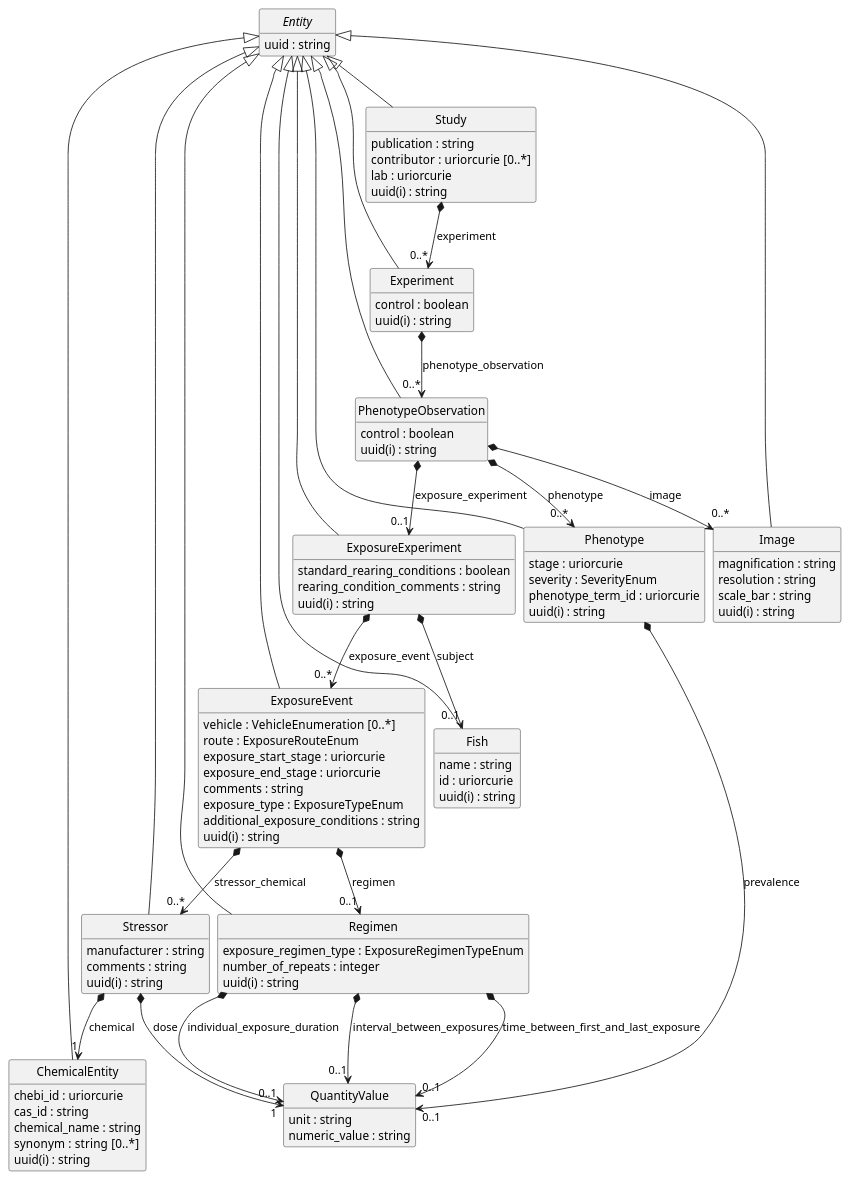
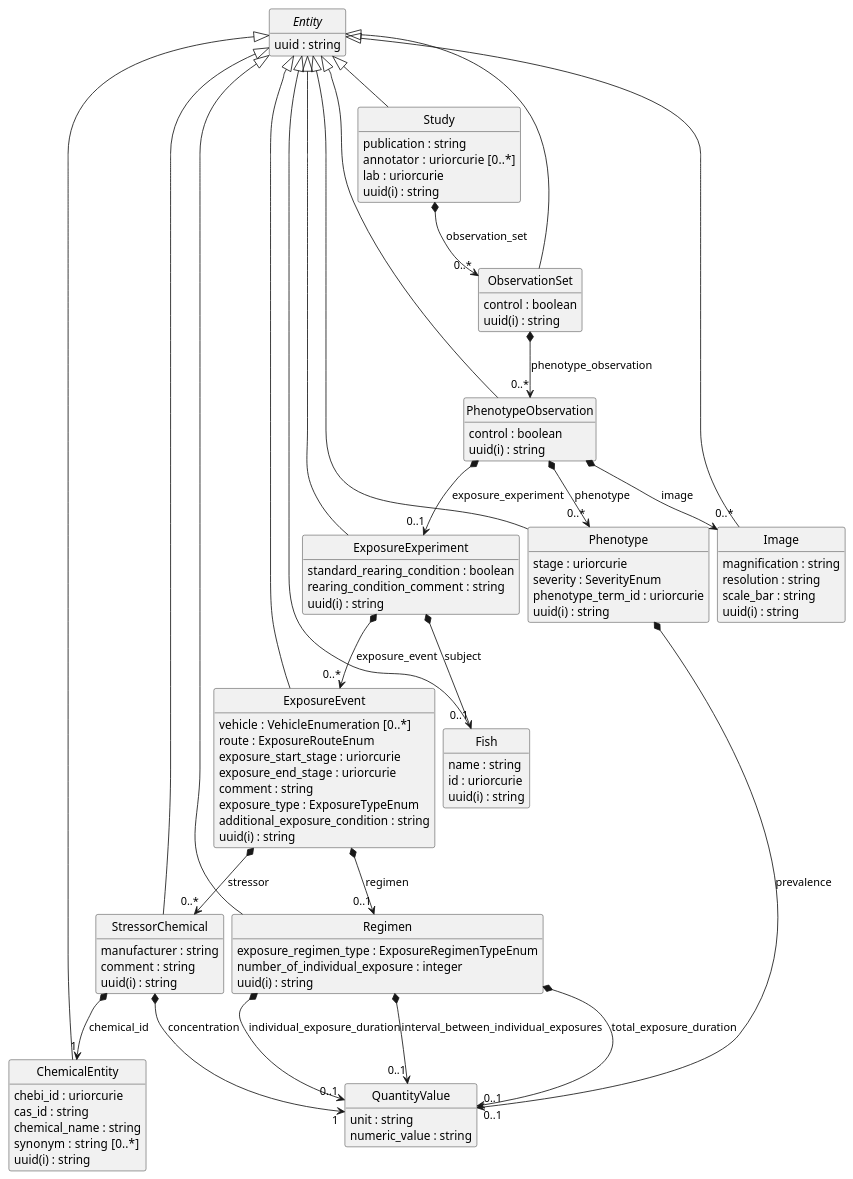
One commit to EHS-Data-Standards/zebrafish-toxicology-atlas-schema changed the diagram in schema_diagram.puml. Above: the diagram before and after it, drawn with PlantUML. The commit also changed 72 other files, not shown here.

```diff
--- a/schema_diagram.puml
+++ b/schema_diagram.puml
@@ -1,101 +1,101 @@
 @startuml
 skinparam nodesep 10
 hide circle
 hide empty members
-class "Stressor" [[{A chemical stressor used in exposure experiments.}]] {
+class "StressorChemical" [[{A chemical, that elicit a response (a phenotype) in a subject when when encountered through exposure.}]] {
     {field} manufacturer : string  
-    {field} comments : string  
+    {field} comment : string  
     {field} uuid(i) : string  
 }
 class "QuantityValue" [[{A value of an attribute that is quantitative and measurable, expressed as a combination of a unit and a numeric value}]] {
     {field} unit : string  
     {field} numeric_value : string  
 }
-class "Regimen" [[{The regimen of exposure events.}]] {
+class "Regimen" [[{The schedule and pattern of an exposure event.}]] {
     {field} exposure_regimen_type : ExposureRegimenTypeEnum  
-    {field} number_of_repeats : integer  
+    {field} number_of_individual_exposure : integer  
     {field} uuid(i) : string  
 }
-class "Phenotype" [[{A phenotype observed in the fish as a result of exposure.}]] {
+class "Phenotype" [[{Any measurable or visible trait change in the subject as a result of exposure.}]] {
     {field} stage : uriorcurie  
     {field} severity : SeverityEnum  
     {field} phenotype_term_id : uriorcurie  
     {field} uuid(i) : string  
 }
-"Stressor" *--> "1" "QuantityValue" : "dose"
+"StressorChemical" *--> "1" "QuantityValue" : "concentration"
 "Regimen" *--> "0..1" "QuantityValue" : "individual_exposure_duration"
-"Regimen" *--> "0..1" "QuantityValue" : "interval_between_exposures"
+"Regimen" *--> "0..1" "QuantityValue" : "interval_between_individual_exposures"
 "Phenotype" *--> "0..1" "QuantityValue" : "prevalence"
-"Regimen" *--> "0..1" "QuantityValue" : "time_between_first_and_last_exposure"
-class "ChemicalEntity" [[{A chemical compound used as a toxicant in the study.}]] {
+"Regimen" *--> "0..1" "QuantityValue" : "total_exposure_duration"
+class "ChemicalEntity" [[{The chemical used as the stressor chemical in an exposure event.}]] {
     {field} chebi_id : uriorcurie  
     {field} cas_id : string  
     {field} chemical_name : string  
     {field} synonym : string  [0..*]
     {field} uuid(i) : string  
 }
-class "ExposureEvent" [[{An instance of a toxicological exposure event in the study.}]] {
+class "ExposureEvent" [[{An occurrence in a study where a subject is exposed to a stressor under defined conditions.}]] {
     {field} vehicle : VehicleEnumeration  [0..*]
     {field} route : ExposureRouteEnum  
     {field} exposure_start_stage : uriorcurie  
     {field} exposure_end_stage : uriorcurie  
-    {field} comments : string  
+    {field} comment : string  
     {field} exposure_type : ExposureTypeEnum  
-    {field} additional_exposure_conditions : string  
+    {field} additional_exposure_condition : string  
     {field} uuid(i) : string  
 }
 abstract "Entity" [[{The base class for all entities in the Zebrafish Toxicology Atlas Schema.}]] {
     {field} uuid : string  
 }
-"Stressor" *--> "1" "ChemicalEntity" : "chemical"
-"ExposureEvent" *--> "0..*" "Stressor" : "stressor_chemical"
-"Entity" ^-- "Stressor"
+"StressorChemical" *--> "1" "ChemicalEntity" : "chemical_id"
+"ExposureEvent" *--> "0..*" "StressorChemical" : "stressor"
+"Entity" ^-- "StressorChemical"
 "ExposureEvent" *--> "0..1" "Regimen" : "regimen"
 "Entity" ^-- "Regimen"
-class "PhenotypeObservation" [[{An observation of phenotypes resulting from exposure experiments.}]] {
+class "PhenotypeObservation" [[{A phenotypic outcome resulting from an exposure event.}]] {
     {field} control : boolean  
     {field} uuid(i) : string  
 }
 "PhenotypeObservation" *--> "0..*" "Phenotype" : "phenotype"
 "Entity" ^-- "Phenotype"
 class "Image" [[{An image associated with a phenotype observation.}]] {
     {field} magnification : string  
     {field} resolution : string  
     {field} scale_bar : string  
     {field} uuid(i) : string  
 }
-class "ExposureExperiment" [[{An experiment exposing fish to chemical stressors.}]] {
-    {field} standard_rearing_conditions : boolean  
-    {field} rearing_condition_comments : string  
+class "ExposureExperiment" [[{An experimental procedure in which a subject is exposed to a defined stressor, such as a chemical or environmental factor, to evaluate phenotypic effects.}]] {
+    {field} standard_rearing_condition : boolean  
+    {field} rearing_condition_comment : string  
     {field} uuid(i) : string  
 }
-class "Experiment" [[{An experiment within a study.}]] {
+class "ObservationSet" [[{Group of observations (phenotypic outcomes and their control) that are linked by a common experiment and subject that are part of a study.}]] {
     {field} control : boolean  
     {field} uuid(i) : string  
 }
 "PhenotypeObservation" *--> "0..*" "Image" : "image"
 "PhenotypeObservation" *--> "0..1" "ExposureExperiment" : "exposure_experiment"
-"Experiment" *--> "0..*" "PhenotypeObservation" : "phenotype_observation"
+"ObservationSet" *--> "0..*" "PhenotypeObservation" : "phenotype_observation"
 "Entity" ^-- "PhenotypeObservation"
+class "Study" [[{A toxicological investigation, including the experimental conditions and phenotypic outcomes, with information provenance.}]] {
+    {field} publication : string  
+    {field} annotator : uriorcurie  [0..*]
+    {field} lab : uriorcurie  
+    {field} uuid(i) : string  
+}
+"Study" *--> "0..*" "ObservationSet" : "observation_set"
+"Entity" ^-- "ObservationSet"
+"Entity" ^-- "Study"
 "Entity" ^-- "Image"
-class "Fish" [[{A representation of the zebrafish used in the toxicology study.}]] {
+class "Fish" [[{Zebrafish used as subject in the study.}]] {
     {field} name : string  
     {field} id : uriorcurie  
     {field} uuid(i) : string  
 }
 "ExposureExperiment" *--> "0..*" "ExposureEvent" : "exposure_event"
 "ExposureExperiment" *--> "0..1" "Fish" : "subject"
 "Entity" ^-- "ExposureExperiment"
 "Entity" ^-- "Fish"
 "Entity" ^-- "ExposureEvent"
-class "Study" [[{A toxicology study containing experiments.}]] {
-    {field} publication : string  
-    {field} contributor : uriorcurie  [0..*]
-    {field} lab : uriorcurie  
-    {field} uuid(i) : string  
-}
-"Study" *--> "0..*" "Experiment" : "experiment"
-"Entity" ^-- "Experiment"
-"Entity" ^-- "Study"
 "Entity" ^-- "ChemicalEntity"
 @enduml
```
